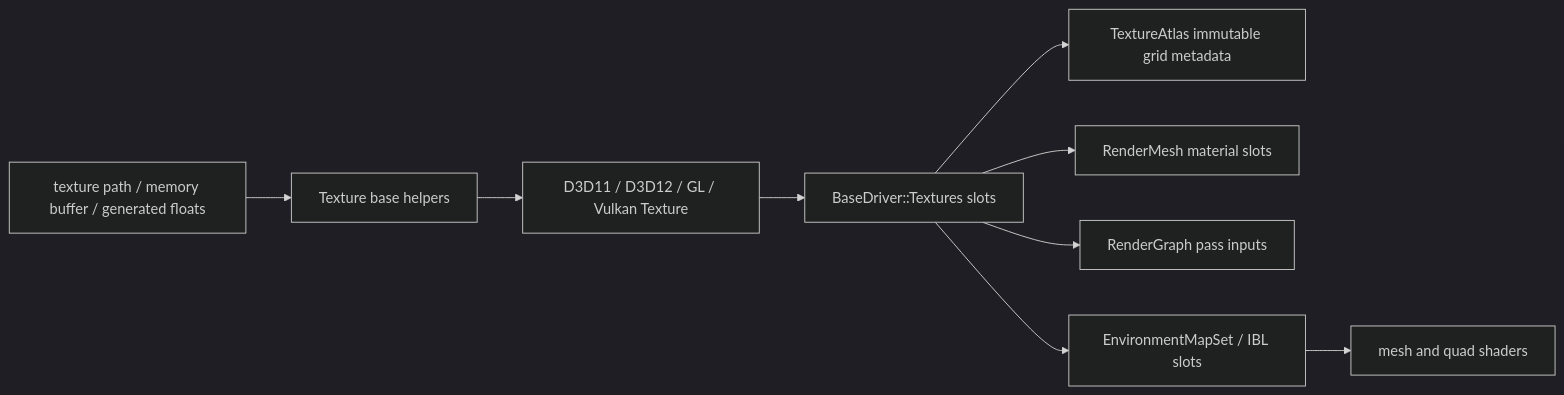
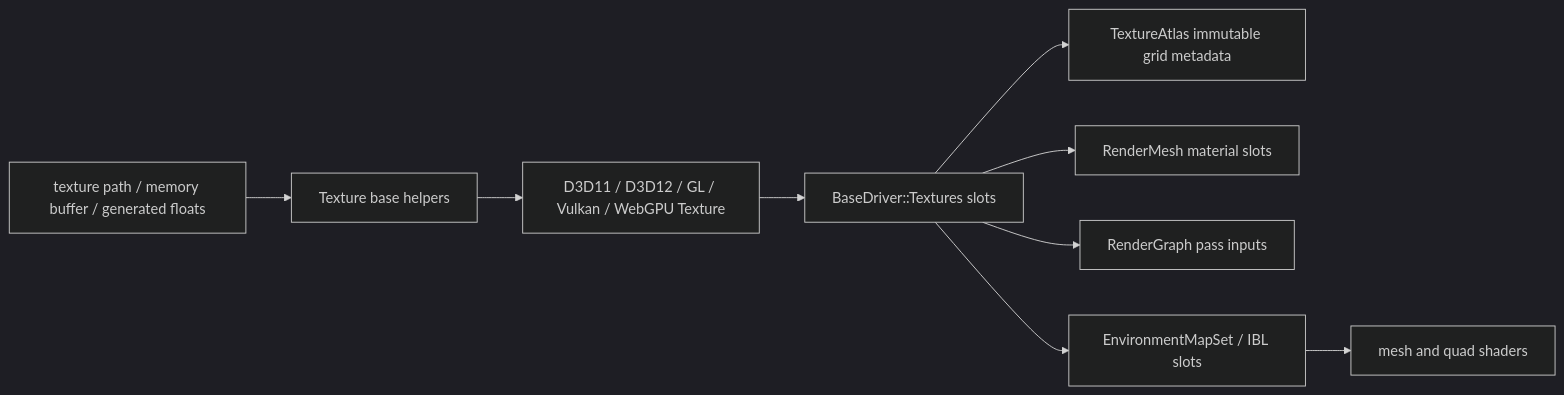
The first of 2 diagrams in documentation/rendering/textures-and-ibl.md (0Camus0/T850), drawn with Mermaid (dark theme) before and after one commit. The commit also changed other lines of this file and 92 other files, not shown here.

````diff
--- a/documentation/rendering/textures-and-ibl.md
+++ b/documentation/rendering/textures-and-ibl.md
@@ -31,11 +31,11 @@
 ```mermaid
 flowchart LR
   Asset["texture path / memory buffer / generated floats"] --> TextureBase["Texture base helpers"]
-  TextureBase --> API["D3D11 / D3D12 / GL / Vulkan Texture"]
+  TextureBase --> API["D3D11 / D3D12 / GL / Vulkan / WebGPU Texture"]
   API --> Driver["BaseDriver::Textures slots"]
   Driver --> Atlas["TextureAtlas immutable grid metadata"]
   Driver --> Material["RenderMesh material slots"]
   Driver --> RenderGraph["RenderGraph pass inputs"]
   Driver --> IBL["EnvironmentMapSet / IBL slots"]
   IBL --> Shader["mesh and quad shaders"]
 ```
````
